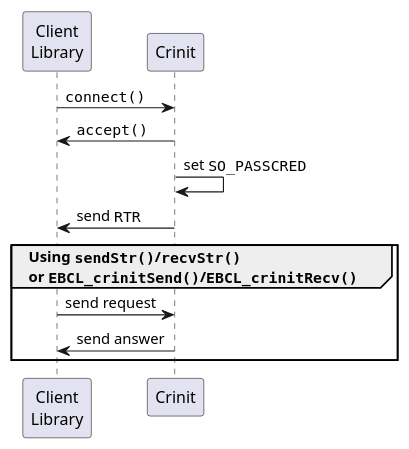
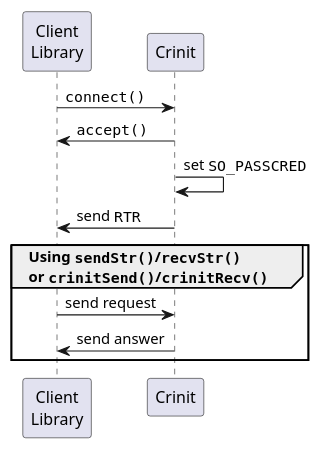
One commit to Elektrobit/crinit changed the diagram in images/notiserv_sock_comm_seq.plantuml. Above: the diagram before and after it, drawn with PlantUML. The commit also changed 11 other files, not shown here.

```diff
--- a/images/notiserv_sock_comm_seq.plantuml
+++ b/images/notiserv_sock_comm_seq.plantuml
@@ -1,14 +1,14 @@
 @startuml
 participant "Client\nLibrary" as lib
 participant "Crinit" as srv
 
 lib -> srv : ""connect()""
 srv -> lib : ""accept()""
 srv -> srv : set ""SO_PASSCRED""
 srv -> lib : send ""RTR""
-group Using ""sendStr()""/""recvStr()""\nor ""EBCL_crinitSend()""/""EBCL_crinitRecv()""
+group Using ""sendStr()""/""recvStr()""\nor ""crinitSend()""/""crinitRecv()""
 lib -> srv : send request
 srv -> lib : send answer
 end
 
 @enduml
```
